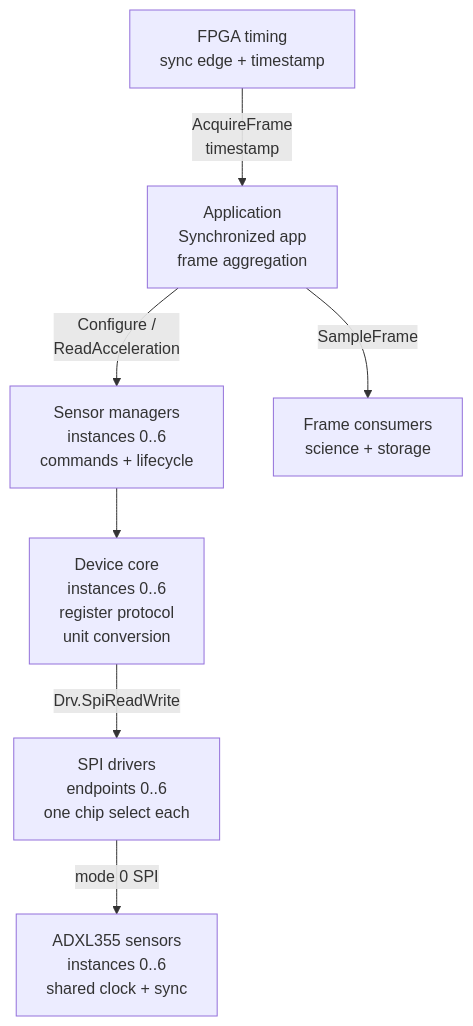
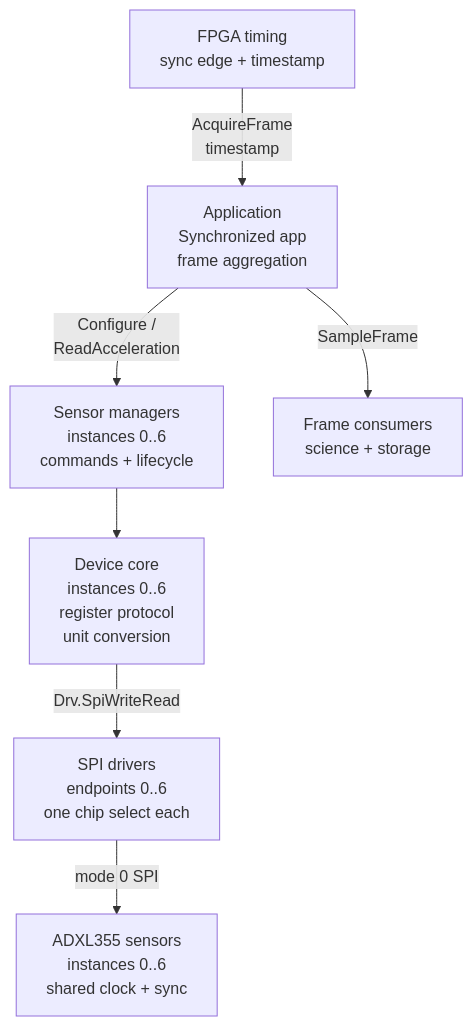
The first of 3 diagrams in docs/architecture.md (SiboVG/fprime-adxl355), drawn with Mermaid before and after one commit. The commit also changed other lines of this file and 32 other files, not shown here.

````diff
--- a/docs/architecture.md
+++ b/docs/architecture.md
@@ -16,18 +16,18 @@
 ```mermaid
 flowchart TB
     Timing[FPGA timing<br/>sync edge + timestamp]
     App[Application<br/>Synchronized app<br/>frame aggregation]
     Manager[Sensor managers<br/>instances 0..6<br/>commands + lifecycle]
     Core[Device core<br/>instances 0..6<br/>register protocol<br/>unit conversion]
     Spi[SPI drivers<br/>endpoints 0..6<br/>one chip select each]
     Sensor[ADXL355 sensors<br/>instances 0..6<br/>shared clock + sync]
     Consumer[Frame consumers<br/>science + storage]
 
     Timing -->|AcquireFrame<br/>timestamp| App
     App -->|Configure /<br/>ReadAcceleration| Manager
     Manager --> Core
-    Core -->|Drv.SpiReadWrite| Spi
+    Core -->|Drv.SpiWriteRead| Spi
     Spi -->|mode 0 SPI| Sensor
     App -->|SampleFrame| Consumer
 
 ```
````
